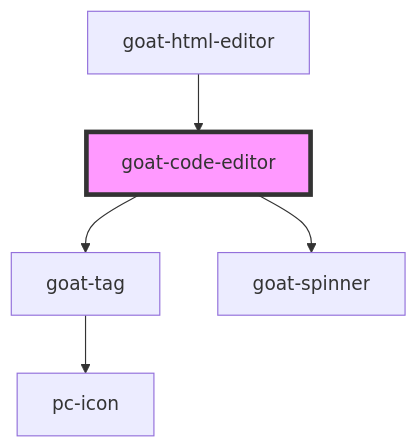
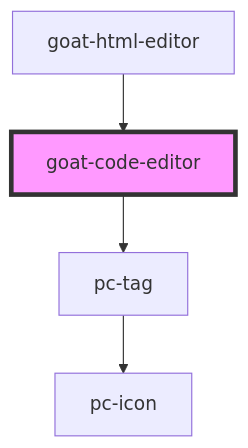
Before and after one commit to redvars/peacock: the diagram in src/components/input-controls/code-editor/readme.md, drawn with Mermaid. The commit also changed other lines of this file and 127 other files, not shown here.

````diff
--- a/src/components/input-controls/code-editor/readme.md
+++ b/src/components/input-controls/code-editor/readme.md
@@ -78,8 +77,7 @@
 ```mermaid
 graph TD;
-  goat-code-editor --> goat-tag
-  goat-code-editor --> goat-spinner
-  goat-tag --> pc-icon
+  goat-code-editor --> pc-tag
+  pc-tag --> pc-icon
   goat-html-editor --> goat-code-editor
   style goat-code-editor fill:#f9f,stroke:#333,stroke-width:4px
 ```
````
